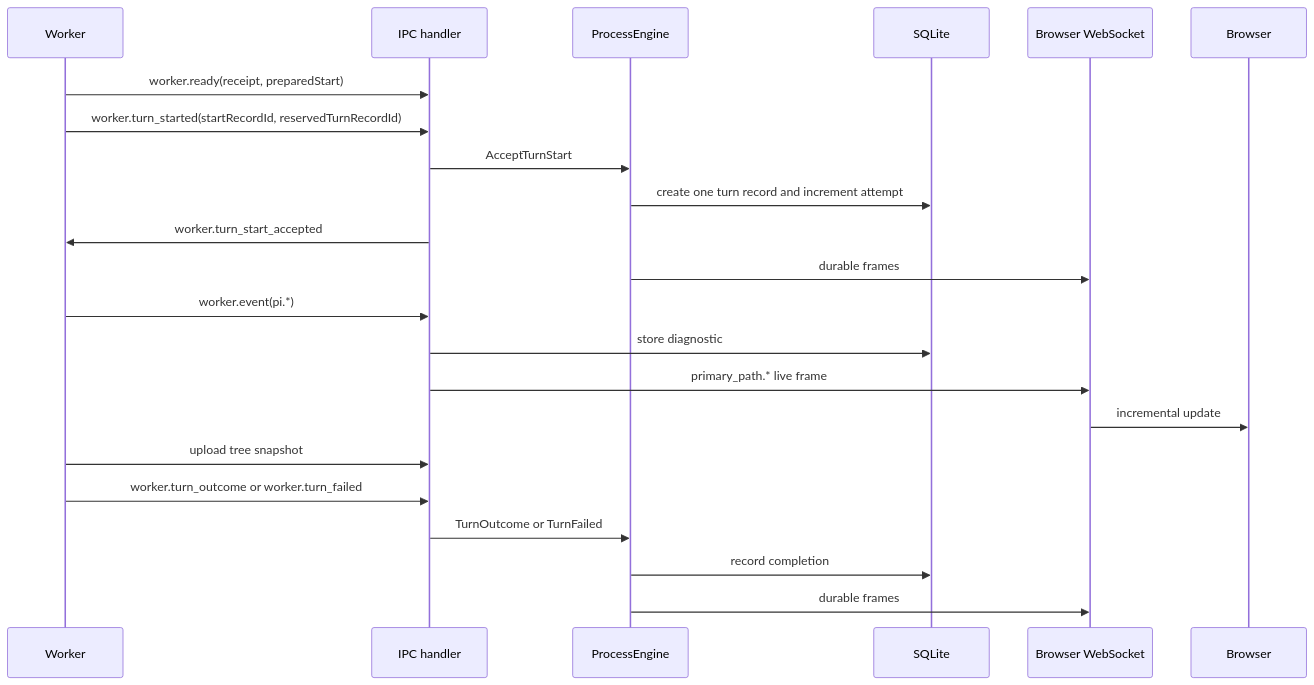
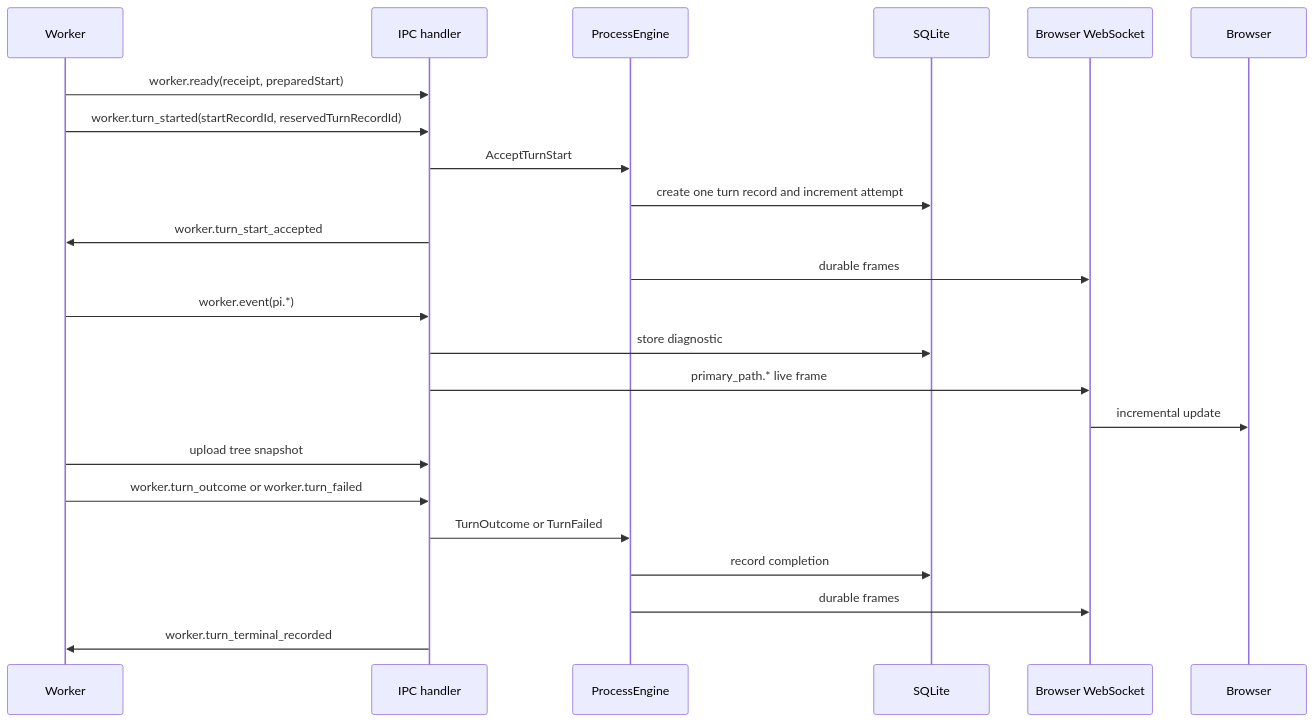
The diagram in docs/llm-turn.md (leitwerk-dev/leitwerk), drawn with Mermaid before and after one commit. The commit also changed other lines of this file and 25 other files, not shown here.

````diff
--- a/docs/llm-turn.md
+++ b/docs/llm-turn.md
@@ -45,27 +45,28 @@
 ```mermaid
 sequenceDiagram
     participant W as Worker
     participant I as IPC handler
     participant E as ProcessEngine
     participant DB as SQLite
     participant WS as Browser WebSocket
     participant UI as Browser
 
     W->>I: worker.ready(receipt, preparedStart)
     W->>I: worker.turn_started(startRecordId, reservedTurnRecordId)
     I->>E: AcceptTurnStart
     E->>DB: create one turn record and increment attempt
     I->>W: worker.turn_start_accepted
     E->>WS: durable frames
 
     W->>I: worker.event(pi.*)
     I->>DB: store diagnostic
     I->>WS: primary_path.* live frame
     WS->>UI: incremental update
 
     W->>I: upload tree snapshot
     W->>I: worker.turn_outcome or worker.turn_failed
     I->>E: TurnOutcome or TurnFailed
     E->>DB: record completion
     E->>WS: durable frames
+    I->>W: worker.turn_terminal_recorded
 ```
````
